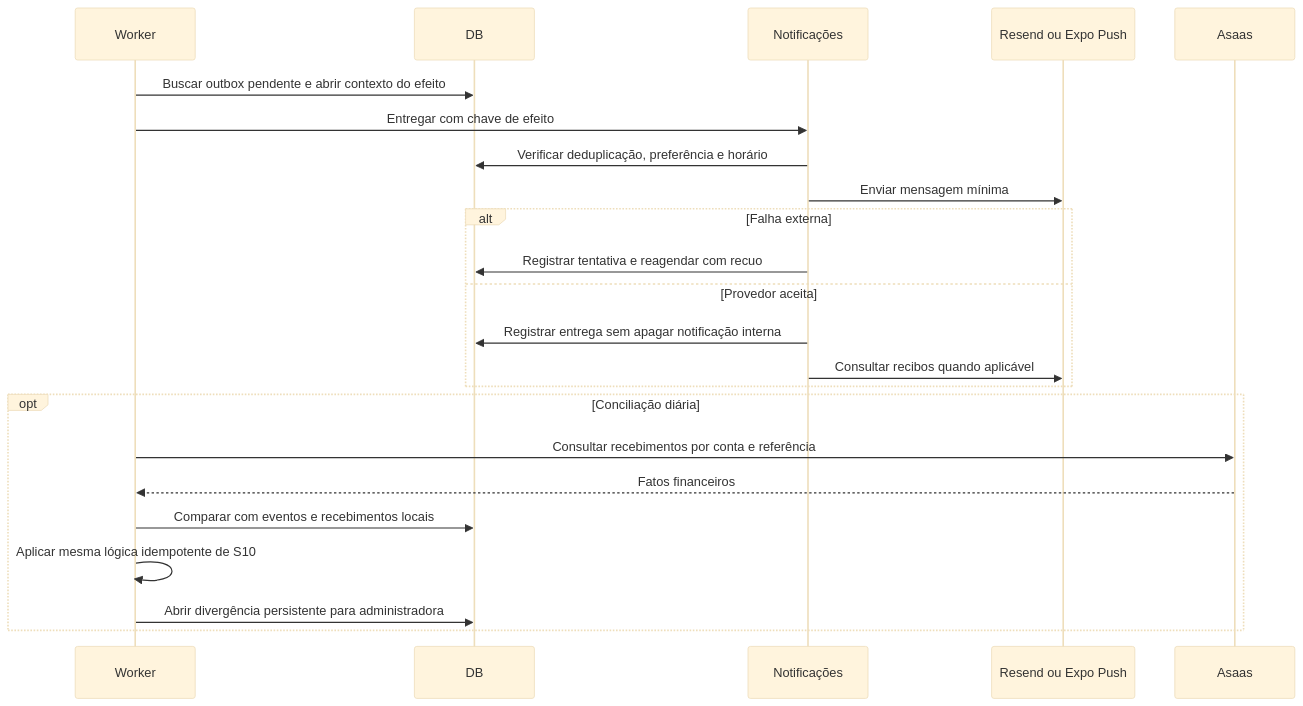
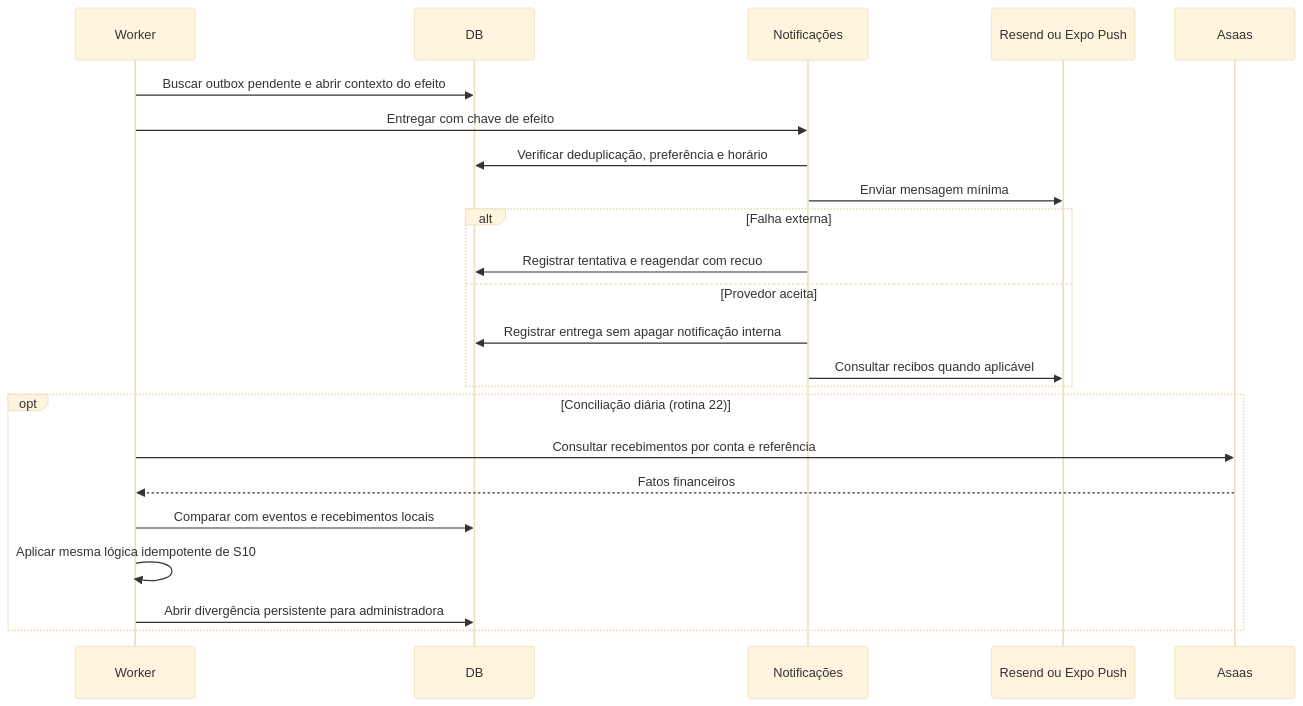
Before and after one commit to pedrolems/CondomiFacil: diagram 45 of 53 in docs/05-backend/02-diagramas-de-sequencia-e-estados.md, drawn with Mermaid (base theme). The commit also changed other lines of this file and 55 other files, not shown here.

````diff
--- a/docs/05-backend/02-diagramas-de-sequencia-e-estados.md
+++ b/docs/05-backend/02-diagramas-de-sequencia-e-estados.md
@@ -1420,25 +1422,25 @@
 ```mermaid
 sequenceDiagram
     participant W as Worker
     participant B as DB
     participant N as Notificações
     participant X as Resend ou Expo Push
     participant G as Asaas
     W->>B: Buscar outbox pendente e abrir contexto do efeito
     W->>N: Entregar com chave de efeito
     N->>B: Verificar deduplicação, preferência e horário
     N->>X: Enviar mensagem mínima
     alt Falha externa
         N->>B: Registrar tentativa e reagendar com recuo
     else Provedor aceita
         N->>B: Registrar entrega sem apagar notificação interna
         N->>X: Consultar recibos quando aplicável
     end
-    opt Conciliação diária
+    opt Conciliação diária (rotina 22)
         W->>G: Consultar recebimentos por conta e referência
         G-->>W: Fatos financeiros
         W->>B: Comparar com eventos e recebimentos locais
         W->>W: Aplicar mesma lógica idempotente de S10
         W->>B: Abrir divergência persistente para administradora
     end
 ```
````
